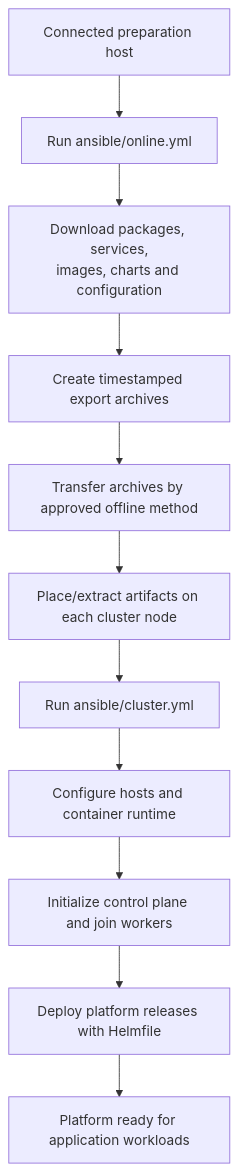
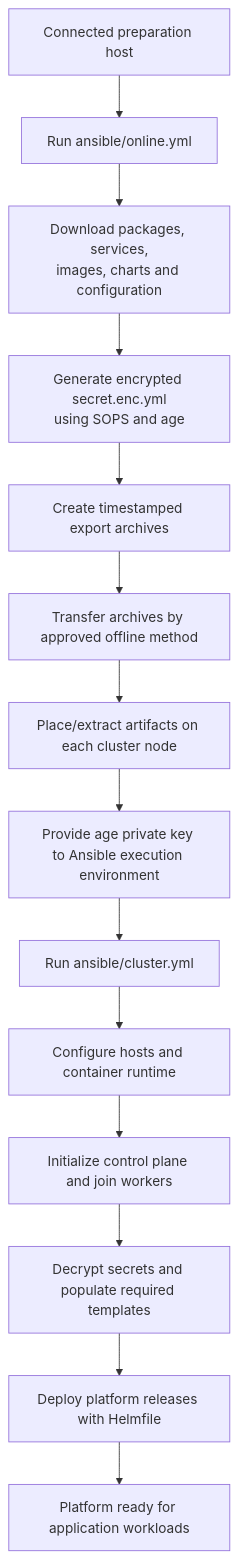
One commit to ShayeGun/base-k8s-platform changed the second of 2 diagrams in README.md. Above: the diagram before and after it, drawn with Mermaid. The commit also changed other lines of this file and 12 other files, not shown here.

Commit message:
feat: add secret management using sopes+age

````diff
--- a/README.md
+++ b/README.md
@@ -136,13 +204,16 @@
-```mermaid
+``` mermaid
 flowchart TD
     A["Connected preparation host"] --> B["Run ansible/online.yml"]
     B --> C["Download packages, services,<br/>images, charts and configuration"]
-    C --> D["Create timestamped export archives"]
-    D --> E["Transfer archives by approved offline method"]
-    E --> F["Place/extract artifacts on each cluster node"]
-    F --> G["Run ansible/cluster.yml"]
-    G --> H["Configure hosts and container runtime"]
-    H --> I["Initialize control plane and join workers"]
-    I --> J["Deploy platform releases with Helmfile"]
-    J --> K["Platform ready for application workloads"]
+    C --> D["Generate encrypted secret.enc.yml<br/>using SOPS and age"]
+    D --> E["Create timestamped export archives"]
+    E --> F["Transfer archives by approved offline method"]
+    F --> G["Place/extract artifacts on each cluster node"]
+    G --> H["Provide age private key to Ansible execution environment"]
+    H --> I["Run ansible/cluster.yml"]
+    I --> J["Configure hosts and container runtime"]
+    J --> K["Initialize control plane and join workers"]
+    K --> L["Decrypt secrets and populate required templates"]
+    L --> M["Deploy platform releases with Helmfile"]
+    M --> N["Platform ready for application workloads"]
 ```
````
